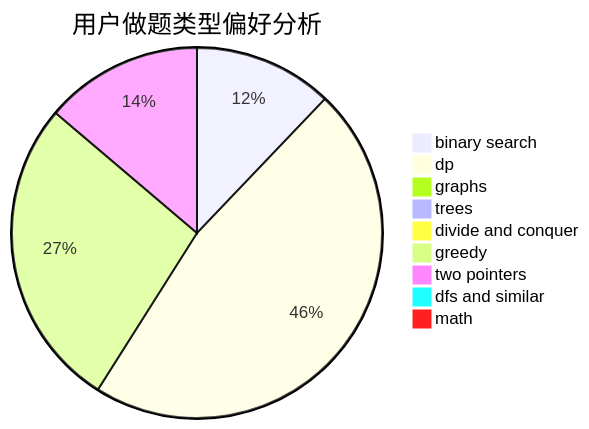
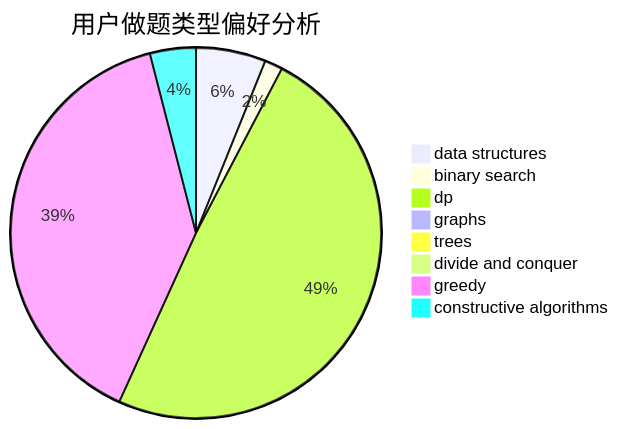
The second of 3 diagrams in docs/user/u2528.md (sherpahu/cfrs.github.io), drawn with Mermaid before and after one commit. The commit also changed other lines of this file and 2775 other files, not shown here.

````diff
--- a/docs/user/u2528.md
+++ b/docs/user/u2528.md
@@ -23,12 +23,11 @@
 ```mermaid
 pie title 用户做题类型偏好分析
-    "binary search" :  102
-    "dp" :  394
+    "data structures" :  35
+    "binary search" :  9
+    "dp" :  282
     "graphs" :  2
     "trees" :  2
     "divide and conquer" :  0
-    "greedy" :  229
-    "two pointers" :  116
-    "dfs and similar" :  2
-    "math" :  2
+    "greedy" :  225
+    "constructive algorithms" :  23
 ```
````
